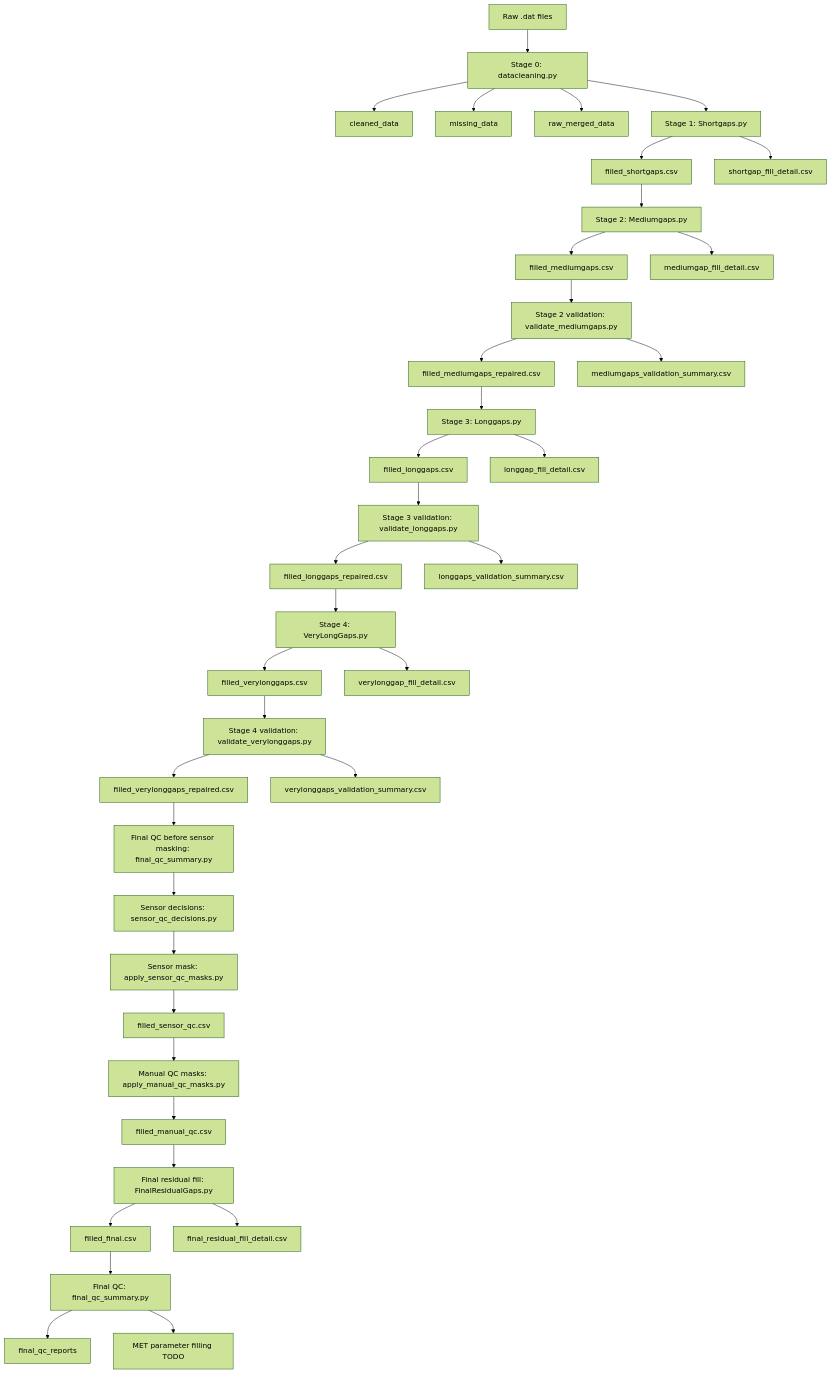
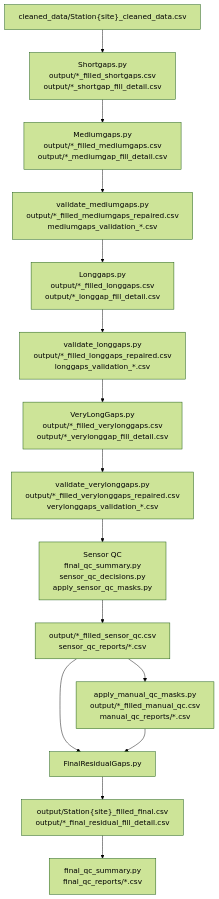
The second of 3 diagrams in data-cleanup/imputation_pipeline/TECHNICAL_NOTES_TxSON33.md (kiat/tx-soil-moisture), drawn with Mermaid (forest theme) before and after one commit. The commit also changed other lines of this file and 27 other files, not shown here.

````diff
--- a/data-cleanup/imputation_pipeline/TECHNICAL_NOTES_TxSON33.md
+++ b/data-cleanup/imputation_pipeline/TECHNICAL_NOTES_TxSON33.md
@@ -71,50 +83,18 @@
 ```mermaid
 flowchart TD
-    A[Raw .dat files] --> B[Stage 0: datacleaning.py]
-    B --> B1[cleaned_data]
-    B --> B2[missing_data]
-    B --> B3[raw_merged_data]
-
-    B --> C[Stage 1: Shortgaps.py]
-    C --> C1[filled_shortgaps.csv]
-    C --> C2[shortgap_fill_detail.csv]
-
-    C1 --> D[Stage 2: Mediumgaps.py]
-    D --> D1[filled_mediumgaps.csv]
-    D --> D2[mediumgap_fill_detail.csv]
-
-    D1 --> E[Stage 2 validation: validate_mediumgaps.py]
-    E --> E1[filled_mediumgaps_repaired.csv]
-    E --> E2[mediumgaps_validation_summary.csv]
-
-    E1 --> F[Stage 3: Longgaps.py]
-    F --> F1[filled_longgaps.csv]
-    F --> F2[longgap_fill_detail.csv]
-
-    F1 --> G[Stage 3 validation: validate_longgaps.py]
-    G --> G1[filled_longgaps_repaired.csv]
-    G --> G2[longgaps_validation_summary.csv]
-
-    G1 --> H[Stage 4: VeryLongGaps.py]
-    H --> H1[filled_verylonggaps.csv]
-    H --> H2[verylonggap_fill_detail.csv]
-
-    H1 --> J[Stage 4 validation: validate_verylonggaps.py]
-    J --> J1[filled_verylonggaps_repaired.csv]
-    J --> J2[verylonggaps_validation_summary.csv]
-
-    J1 --> K[Final QC before sensor masking: final_qc_summary.py]
-    K --> L[Sensor decisions: sensor_qc_decisions.py]
-    L --> M[Sensor mask: apply_sensor_qc_masks.py]
-    M --> M1[filled_sensor_qc.csv]
-    M1 --> M2[Manual QC masks: apply_manual_qc_masks.py]
-    M2 --> M3[filled_manual_qc.csv]
-
-    M3 --> N[Final residual fill: FinalResidualGaps.py]
-    N --> N1[filled_final.csv]
-    N --> N2[final_residual_fill_detail.csv]
-
-    N1 --> O[Final QC: final_qc_summary.py]
-    O --> O1[final_qc_reports]
-    O --> P[MET parameter filling TODO]
+    A["cleaned_data/Station{site}_cleaned_data.csv"]
+    A --> B["Shortgaps.py<br/>output/*_filled_shortgaps.csv<br/>output/*_shortgap_fill_detail.csv"]
+    B --> C["Mediumgaps.py<br/>output/*_filled_mediumgaps.csv<br/>output/*_mediumgap_fill_detail.csv"]
+    C --> D["validate_mediumgaps.py<br/>output/*_filled_mediumgaps_repaired.csv<br/>mediumgaps_validation_*.csv"]
+    D --> E["Longgaps.py<br/>output/*_filled_longgaps.csv<br/>output/*_longgap_fill_detail.csv"]
+    E --> F["validate_longgaps.py<br/>output/*_filled_longgaps_repaired.csv<br/>longgaps_validation_*.csv"]
+    F --> G["VeryLongGaps.py<br/>output/*_filled_verylonggaps.csv<br/>output/*_verylonggap_fill_detail.csv"]
+    G --> H["validate_verylonggaps.py<br/>output/*_filled_verylonggaps_repaired.csv<br/>verylonggaps_validation_*.csv"]
+    H --> I["Sensor QC<br/>final_qc_summary.py<br/>sensor_qc_decisions.py<br/>apply_sensor_qc_masks.py"]
+    I --> J["output/*_filled_sensor_qc.csv<br/>sensor_qc_reports/*.csv"]
+    J --> K["apply_manual_qc_masks.py<br/>output/*_filled_manual_qc.csv<br/>manual_qc_reports/*.csv"]
+    J --> L["FinalResidualGaps.py"]
+    K --> L
+    L --> M["output/Station{site}_filled_final.csv<br/>output/*_final_residual_fill_detail.csv"]
+    M --> N["final_qc_summary.py<br/>final_qc_reports/*.csv"]
 ```
````
